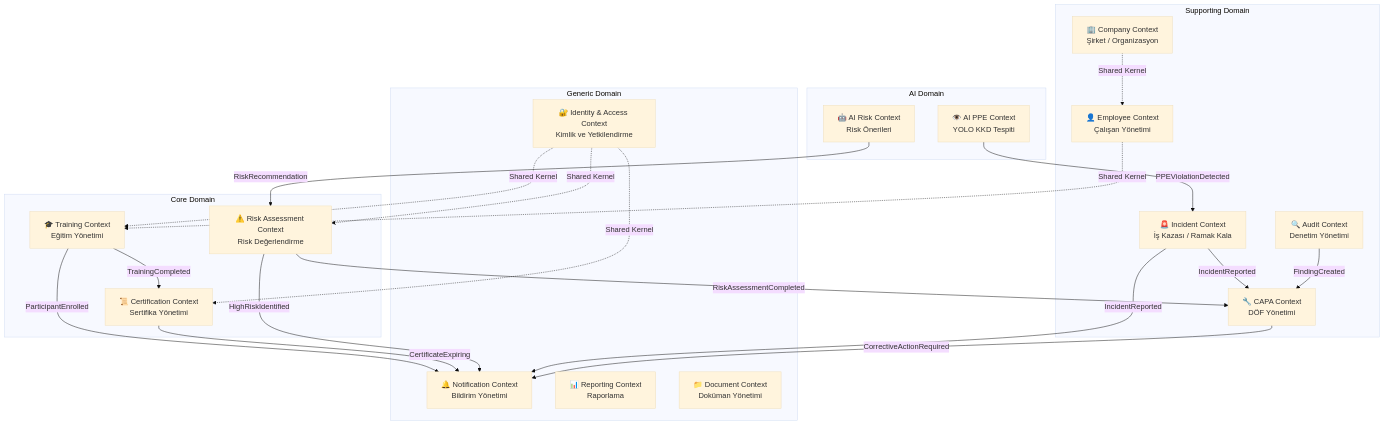
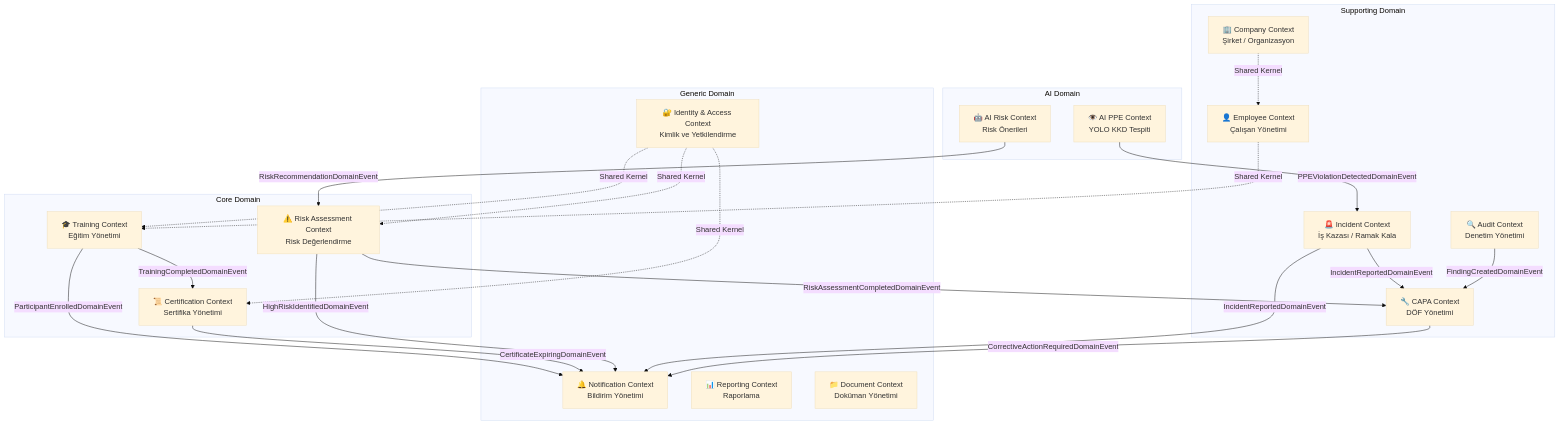
One commit to fatma-oncu/SafeFlow-AI changed the first of 20 diagrams in docs/domain-model.md. Above: the diagram before and after it, drawn with Mermaid (base theme). The commit also changed other lines of this file and 40 other files, not shown here.

````diff
--- a/docs/domain-model.md
+++ b/docs/domain-model.md
@@ -25,46 +25,46 @@
 ```mermaid
 graph TB
     subgraph "Core Domain"
         TRAINING["🎓 Training Context<br/>Eğitim Yönetimi"]
         CERT["📜 Certification Context<br/>Sertifika Yönetimi"]
         RISK["⚠️ Risk Assessment Context<br/>Risk Değerlendirme"]
     end
 
     subgraph "Supporting Domain"
         COMPANY["🏢 Company Context<br/>Şirket / Organizasyon"]
         EMPLOYEE["👤 Employee Context<br/>Çalışan Yönetimi"]
         INCIDENT["🚨 Incident Context<br/>İş Kazası / Ramak Kala"]
         AUDIT["🔍 Audit Context<br/>Denetim Yönetimi"]
         CAPA["🔧 CAPA Context<br/>DÖF Yönetimi"]
     end
 
     subgraph "Generic Domain"
         IDENTITY["🔐 Identity & Access Context<br/>Kimlik ve Yetkilendirme"]
         NOTIFICATION["🔔 Notification Context<br/>Bildirim Yönetimi"]
         REPORTING["📊 Reporting Context<br/>Raporlama"]
         DOCUMENT["📁 Document Context<br/>Doküman Yönetimi"]
     end
 
     subgraph "AI Domain"
         AI_RISK["🤖 AI Risk Context<br/>Risk Önerileri"]
         AI_PPE["👁️ AI PPE Context<br/>YOLO KKD Tespiti"]
     end
 
-    TRAINING -->|"TrainingCompleted"| CERT
-    TRAINING -->|"ParticipantEnrolled"| NOTIFICATION
-    CERT -->|"CertificateExpiring"| NOTIFICATION
-    RISK -->|"HighRiskIdentified"| NOTIFICATION
-    RISK -->|"RiskAssessmentCompleted"| CAPA
-    INCIDENT -->|"IncidentReported"| CAPA
-    INCIDENT -->|"IncidentReported"| NOTIFICATION
-    AUDIT -->|"FindingCreated"| CAPA
-    CAPA -->|"CorrectiveActionRequired"| NOTIFICATION
-    AI_RISK -->|"RiskRecommendation"| RISK
-    AI_PPE -->|"PPEViolationDetected"| INCIDENT
+    TRAINING -->|"TrainingCompletedDomainEvent"| CERT
+    TRAINING -->|"ParticipantEnrolledDomainEvent"| NOTIFICATION
+    CERT -->|"CertificateExpiringDomainEvent"| NOTIFICATION
+    RISK -->|"HighRiskIdentifiedDomainEvent"| NOTIFICATION
+    RISK -->|"RiskAssessmentCompletedDomainEvent"| CAPA
+    INCIDENT -->|"IncidentReportedDomainEvent"| CAPA
+    INCIDENT -->|"IncidentReportedDomainEvent"| NOTIFICATION
+    AUDIT -->|"FindingCreatedDomainEvent"| CAPA
+    CAPA -->|"CorrectiveActionRequiredDomainEvent"| NOTIFICATION
+    AI_RISK -->|"RiskRecommendationDomainEvent"| RISK
+    AI_PPE -->|"PPEViolationDetectedDomainEvent"| INCIDENT
 
     IDENTITY -.->|"Shared Kernel"| TRAINING
     IDENTITY -.->|"Shared Kernel"| CERT
     IDENTITY -.->|"Shared Kernel"| RISK
     COMPANY -.->|"Shared Kernel"| EMPLOYEE
     EMPLOYEE -.->|"Shared Kernel"| TRAINING
 ```
````
